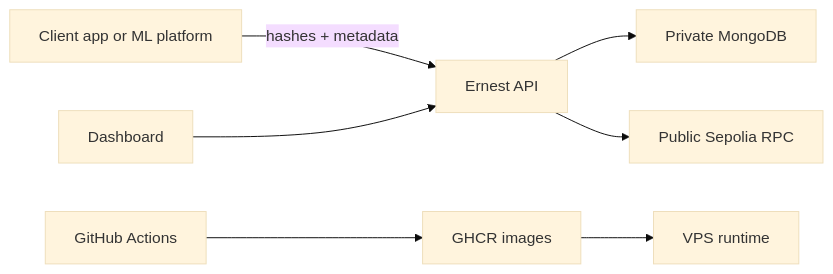
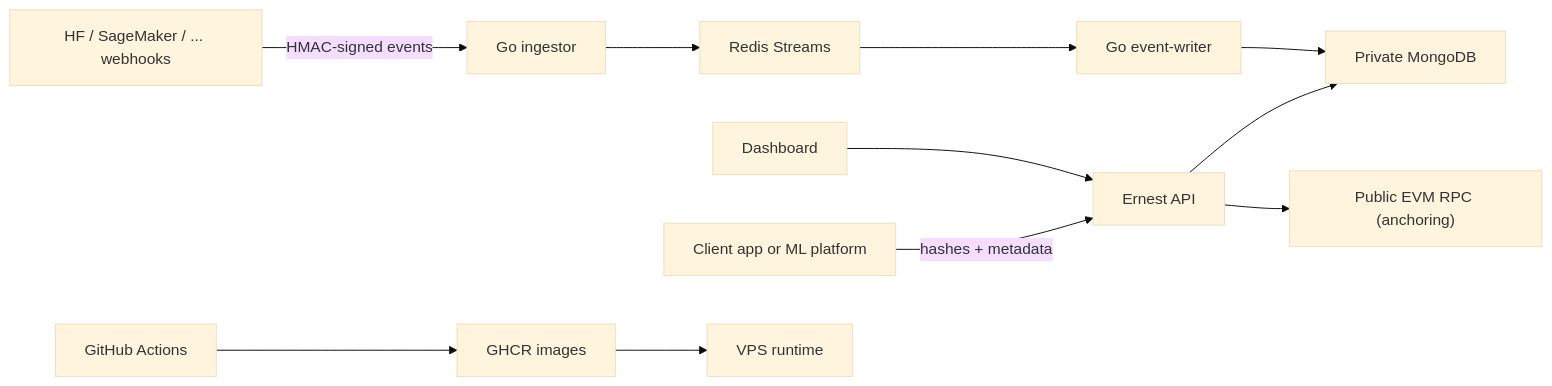
Before and after one commit to ccastromar/ai-blockchain-provenance: the diagram in docs/threat-model.md, drawn with Mermaid (base theme). The commit also changed other lines of this file and 1 other file, not shown here.

````diff
--- a/docs/threat-model.md
+++ b/docs/threat-model.md
@@ -16,9 +32,11 @@
 ```mermaid
 flowchart LR
   Client["Client app or ML platform"] -->|hashes + metadata| API["Ernest API"]
+  Providers["HF / SageMaker / ... webhooks"] -->|HMAC-signed events| Ingestor["Go ingestor"]
+  Ingestor --> Redis["Redis Streams"] --> Writer["Go event-writer"]
   Browser["Dashboard"] --> API
   API --> Mongo["Private MongoDB"]
-  API --> Sepolia["Public Sepolia RPC"]
-  GitHub["GitHub Actions"] --> GHCR["GHCR images"]
-  GHCR --> VPS["VPS runtime"]
+  Writer --> Mongo
+  API --> Chain["Public EVM RPC (anchoring)"]
+  GitHub["GitHub Actions"] --> GHCR["GHCR images"] --> VPS["VPS runtime"]
 ```
````
